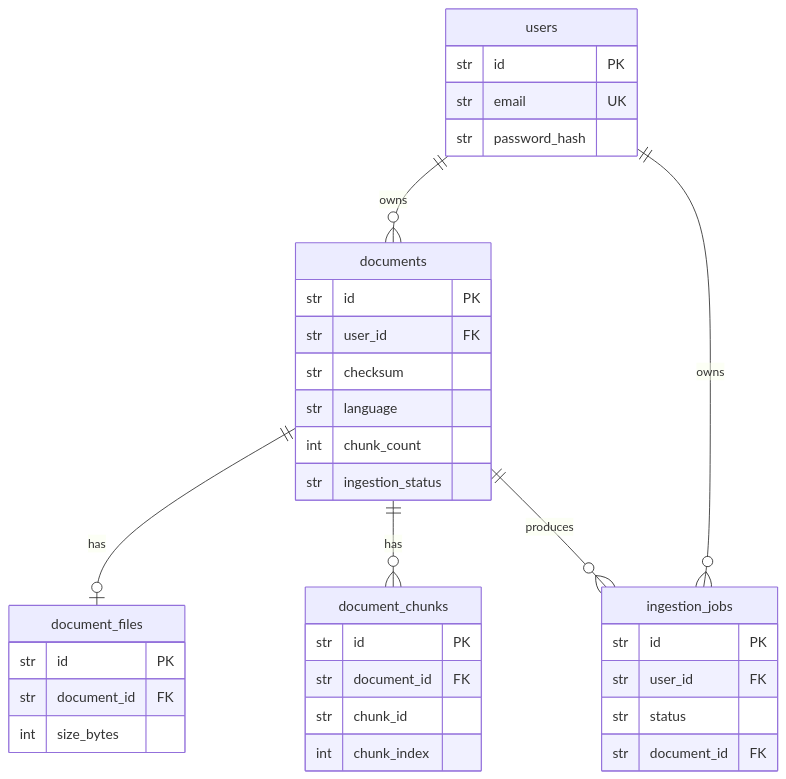
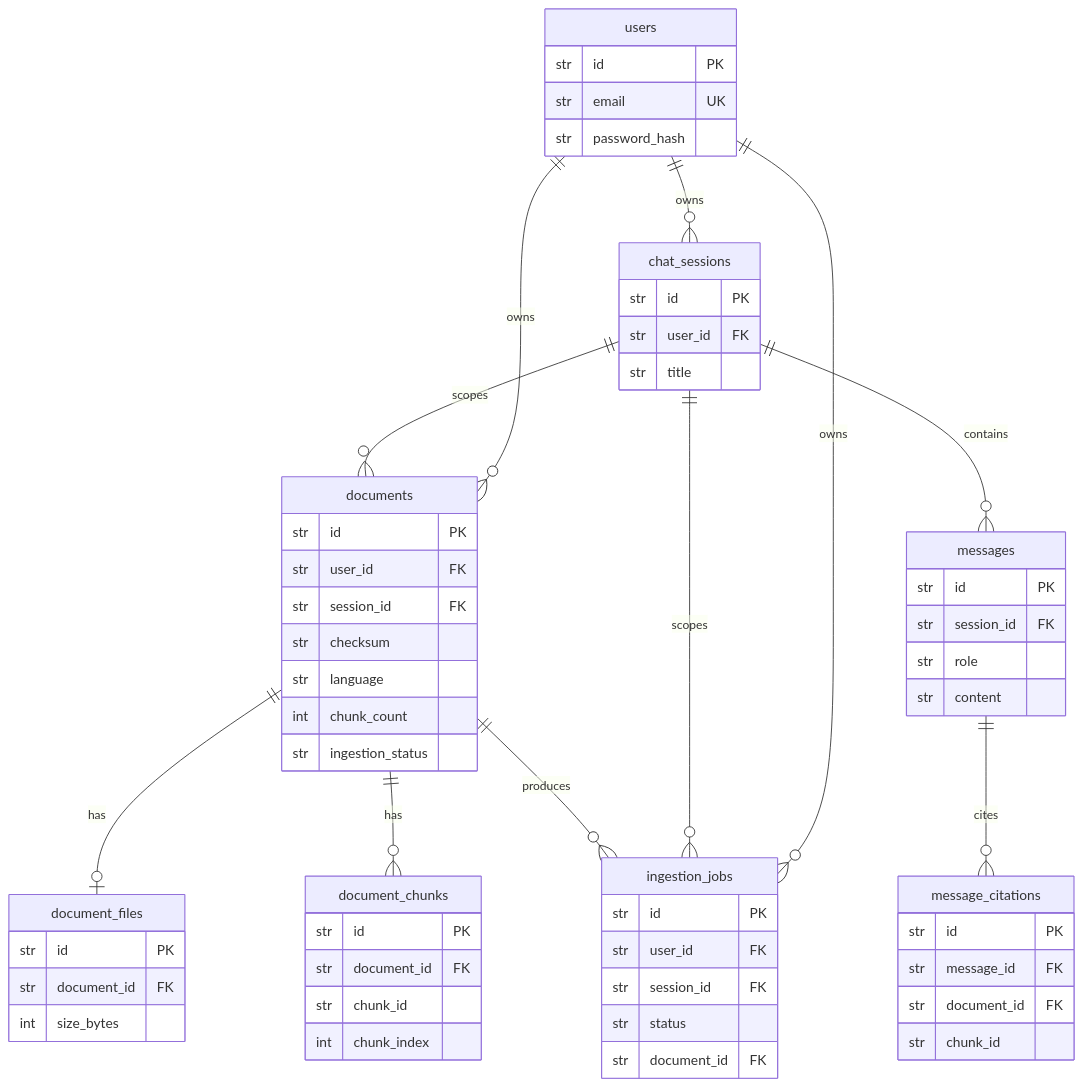
The fourth of 4 diagrams in docs/architecture.md (notjwp/Multilingual-RAG), drawn with Mermaid before and after one commit. The commit also changed other lines of this file and 1 other file, not shown here.

First line of the commit message:
docs: bring architecture.md up to the shipped state (M14-M18)

````diff
--- a/docs/architecture.md
+++ b/docs/architecture.md
@@ -287,24 +407,37 @@
 ```mermaid
 erDiagram
     users ||--o{ documents : owns
     users ||--o{ ingestion_jobs : owns
+    users ||--o{ chat_sessions : owns
+    chat_sessions ||--o{ messages : contains
+    chat_sessions ||--o{ documents : scopes
+    chat_sessions ||--o{ ingestion_jobs : scopes
+    messages ||--o{ message_citations : cites
     documents ||--o| document_files : has
     documents ||--o{ document_chunks : has
     documents ||--o{ ingestion_jobs : produces
     users {
       str id PK
       str email UK
       str password_hash
     }
+    chat_sessions {
+      str id PK
+      str user_id FK
+      str title
+    }
+    messages { str id PK  str session_id FK  str role  str content }
+    message_citations { str id PK  str message_id FK  str document_id FK  str chunk_id }
     documents {
       str id PK
       str user_id FK
+      str session_id FK
       str checksum
       str language
       int chunk_count
       str ingestion_status
     }
     document_files { str id PK  str document_id FK  int size_bytes }
     document_chunks { str id PK  str document_id FK  str chunk_id  int chunk_index }
-    ingestion_jobs { str id PK  str user_id FK  str status  str document_id FK }
+    ingestion_jobs { str id PK  str user_id FK  str session_id FK  str status  str document_id FK }
 ```
````
